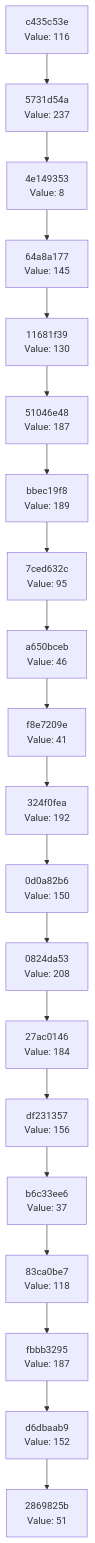
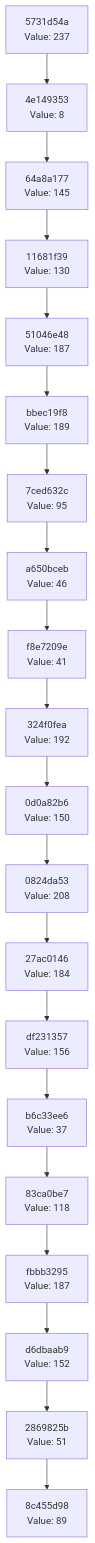
One commit to Abhisheksinha1506/hash-chain-evolver changed the diagram in docs/CHAIN_VISUALIZATION.md. Above: the diagram before and after it, drawn with Mermaid. The commit also changed 2 other files, not shown here.

Commit message:
Evolution Step

````diff
--- a/docs/CHAIN_VISUALIZATION.md
+++ b/docs/CHAIN_VISUALIZATION.md
@@ -3,42 +3,42 @@
 ```mermaid
 graph TD
-    C0["2869825b<br/>Value: 51"]
-    C1["d6dbaab9<br/>Value: 152"]
+    C0["8c455d98<br/>Value: 89"]
+    C1["2869825b<br/>Value: 51"]
     C1 --> C0
-    C2["fbbb3295<br/>Value: 187"]
+    C2["d6dbaab9<br/>Value: 152"]
     C2 --> C1
-    C3["83ca0be7<br/>Value: 118"]
+    C3["fbbb3295<br/>Value: 187"]
     C3 --> C2
-    C4["b6c33ee6<br/>Value: 37"]
+    C4["83ca0be7<br/>Value: 118"]
     C4 --> C3
-    C5["df231357<br/>Value: 156"]
+    C5["b6c33ee6<br/>Value: 37"]
     C5 --> C4
-    C6["27ac0146<br/>Value: 184"]
+    C6["df231357<br/>Value: 156"]
     C6 --> C5
-    C7["0824da53<br/>Value: 208"]
+    C7["27ac0146<br/>Value: 184"]
     C7 --> C6
-    C8["0d0a82b6<br/>Value: 150"]
+    C8["0824da53<br/>Value: 208"]
     C8 --> C7
-    C9["324f0fea<br/>Value: 192"]
+    C9["0d0a82b6<br/>Value: 150"]
     C9 --> C8
-    C10["f8e7209e<br/>Value: 41"]
+    C10["324f0fea<br/>Value: 192"]
     C10 --> C9
-    C11["a650bceb<br/>Value: 46"]
+    C11["f8e7209e<br/>Value: 41"]
     C11 --> C10
-    C12["7ced632c<br/>Value: 95"]
+    C12["a650bceb<br/>Value: 46"]
     C12 --> C11
-    C13["bbec19f8<br/>Value: 189"]
+    C13["7ced632c<br/>Value: 95"]
     C13 --> C12
-    C14["51046e48<br/>Value: 187"]
+    C14["bbec19f8<br/>Value: 189"]
     C14 --> C13
-    C15["11681f39<br/>Value: 130"]
+    C15["51046e48<br/>Value: 187"]
     C15 --> C14
-    C16["64a8a177<br/>Value: 145"]
+    C16["11681f39<br/>Value: 130"]
     C16 --> C15
-    C17["4e149353<br/>Value: 8"]
+    C17["64a8a177<br/>Value: 145"]
     C17 --> C16
-    C18["5731d54a<br/>Value: 237"]
+    C18["4e149353<br/>Value: 8"]
     C18 --> C17
-    C19["c435c53e<br/>Value: 116"]
+    C19["5731d54a<br/>Value: 237"]
     C19 --> C18
 ```
````
